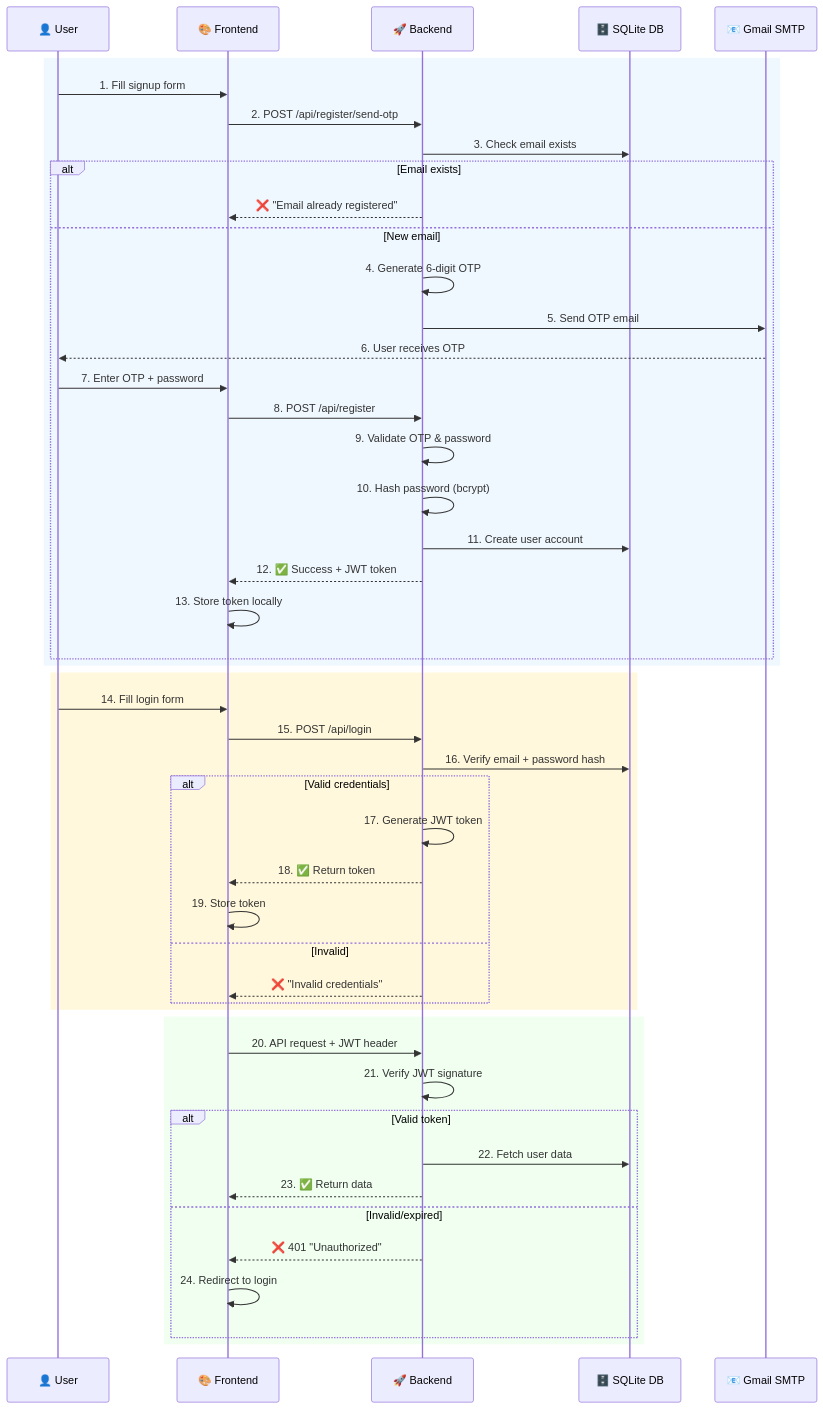
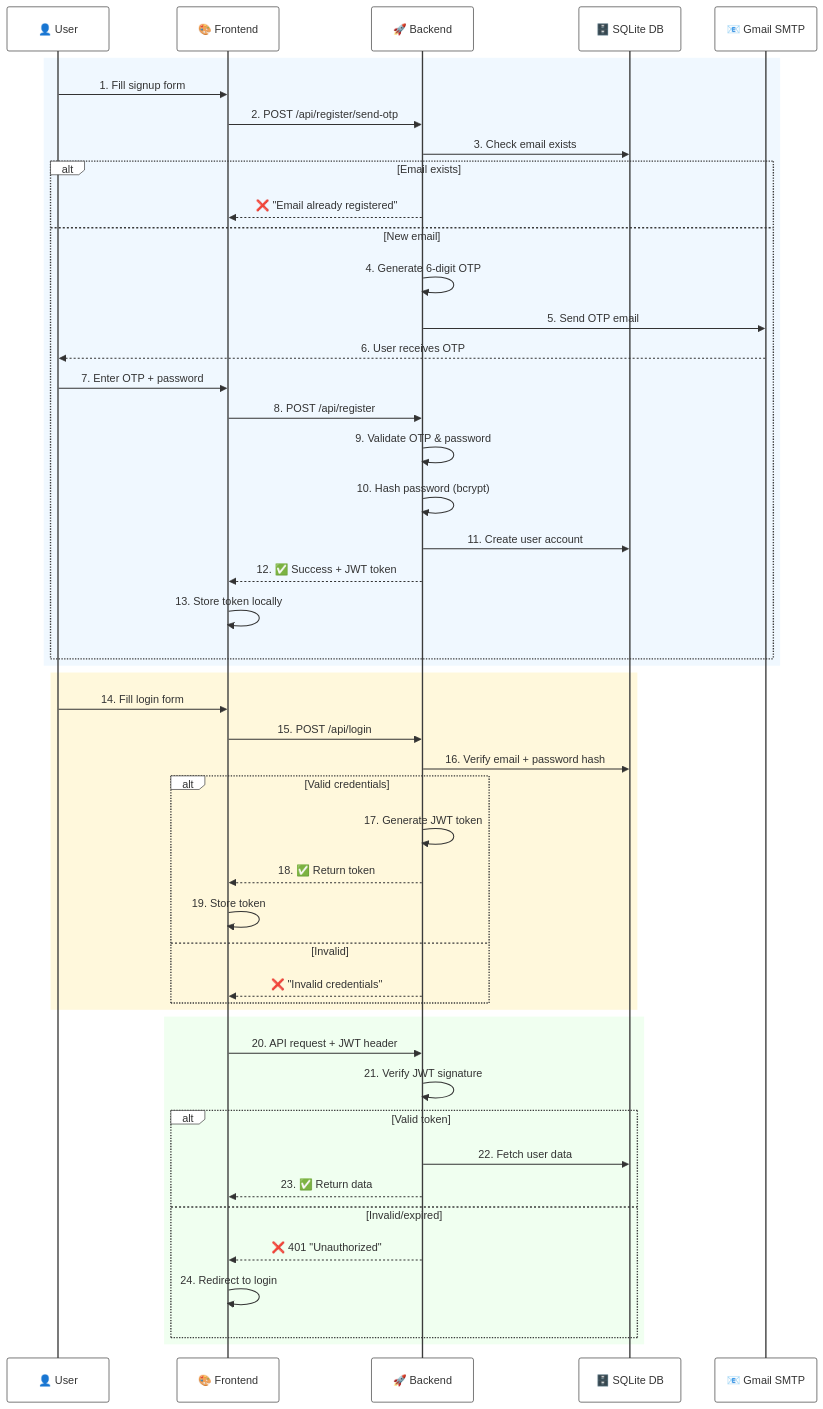
The third of 7 diagrams in ARCHITECTURE.md (KGFCH2/ClickBazaar), drawn with Mermaid before and after one commit.

````diff
--- a/ARCHITECTURE.md
+++ b/ARCHITECTURE.md
@@ -148,56 +148,57 @@
 ```mermaid
+%%{init: {'theme': 'neutral', 'themeVariables': { 'textColor': '#000000', 'mainBkg': '#ffffff', 'secondBkg': '#f8f8f8', 'border1': '#000000', 'border2': '#000000', 'arrowheadColor': '#000000', 'labelColor': '#000000' }}}%%
 sequenceDiagram
     participant U as 👤 User
     participant F as 🎨 Frontend
     participant B as 🚀 Backend
     participant DB as 🗄️ SQLite DB
     participant E as 📧 Gmail SMTP
 
     %% Registration Flow
     rect rgb(240, 248, 255)
         U->>F: 1. Fill signup form
         F->>B: 2. POST /api/register/send-otp
         B->>DB: 3. Check email exists
         alt Email exists
             B-->>F: ❌ "Email already registered"
         else New email
             B->>B: 4. Generate 6-digit OTP
             B->>E: 5. Send OTP email
             E-->>U: 6. User receives OTP
             U->>F: 7. Enter OTP + password
             F->>B: 8. POST /api/register
             B->>B: 9. Validate OTP & password
             B->>B: 10. Hash password (bcrypt)
             B->>DB: 11. Create user account
             B-->>F: 12. ✅ Success + JWT token
             F->>F: 13. Store token locally
         end
     end
 
     %% Login Flow
     rect rgb(255, 248, 220)
         U->>F: 14. Fill login form
         F->>B: 15. POST /api/login
         B->>DB: 16. Verify email + password hash
         alt Valid credentials
             B->>B: 17. Generate JWT token
             B-->>F: 18. ✅ Return token
             F->>F: 19. Store token
         else Invalid
             B-->>F: ❌ "Invalid credentials"
         end
     end
 
     %% Protected API Request
     rect rgb(240, 255, 240)
         F->>B: 20. API request + JWT header
         B->>B: 21. Verify JWT signature
         alt Valid token
             B->>DB: 22. Fetch user data
             B-->>F: 23. ✅ Return data
         else Invalid/expired
             B-->>F: ❌ 401 "Unauthorized"
             F->>F: 24. Redirect to login
         end
     end
 ```
````
